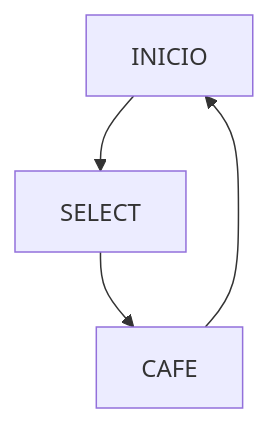
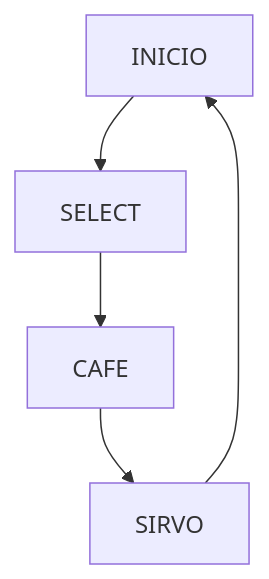
The diagram in README.md (facumruiz/Plantilla_DigitalesPIC18), drawn with Mermaid before and after one commit.

````diff
--- a/README.md
+++ b/README.md
@@ -57,10 +57,11 @@
 ```mermaid
 graph TD;
     INICIO-->SELECT
 
     SELECT-->CAFE;
-    CAFE-->INICIO;
+    CAFE-->SIRVO;
+    SIRVO-->INICIO;
 
   
     
 ```
````
